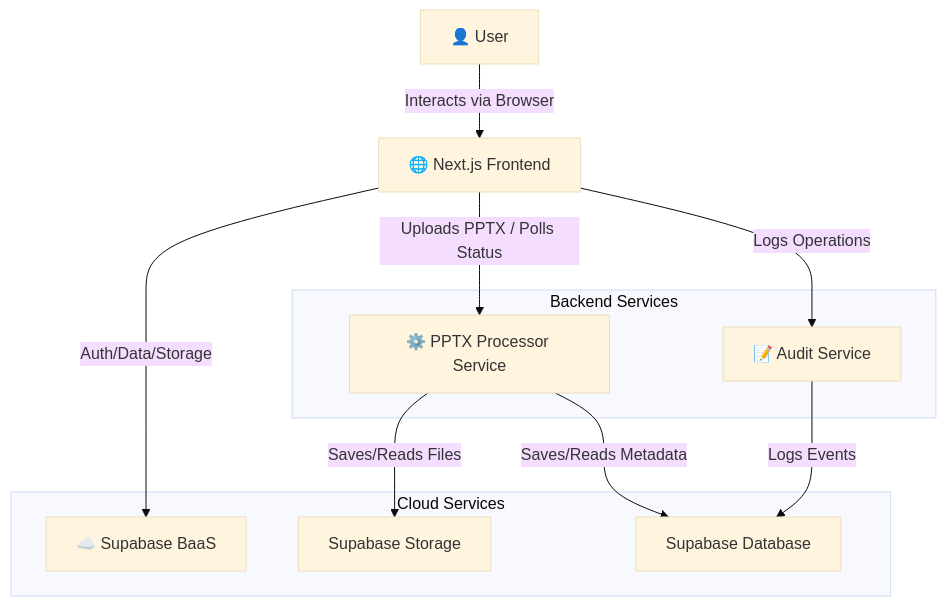
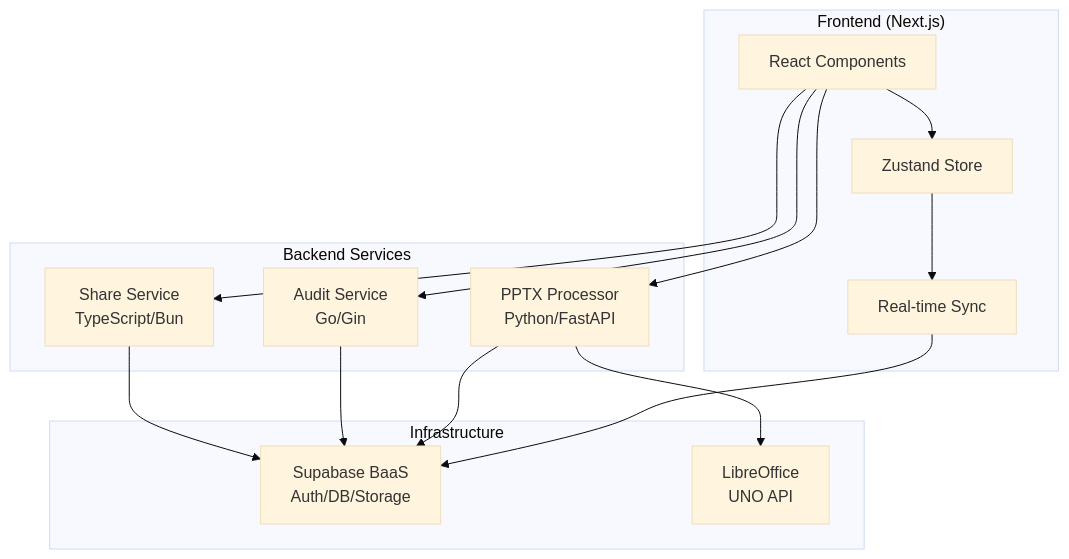
Before and after one commit to OmkarKirpan/pptxTrans: the diagram in README.md, drawn with Mermaid (base theme). The commit also changed other lines of this file and 29 other files, not shown here.

````diff
--- a/README.md
+++ b/README.md
@@ -167,24 +86,30 @@
 ```mermaid
 graph TD
-    User[👤 User] -- Interacts via Browser --> Frontend[🌐 Next.js Frontend]
-
-    Frontend -- Auth/Data/Storage --> Supabase[☁️ Supabase BaaS]
-    Frontend -- Uploads PPTX / Polls Status --> ProcessorService[⚙️ PPTX Processor Service]
-    Frontend -- Logs Operations --> AuditService[📝 Audit Service]
-
-    ProcessorService -- Saves/Reads Files --> SupabaseStorage[Supabase Storage]
-    ProcessorService -- Saves/Reads Metadata --> SupabaseDB[Supabase Database]
+    subgraph "Frontend (Next.js)"
+        UI[React Components]
+        Store[Zustand Store]
+        RealTime[Real-time Sync]
+    end
     
-    AuditService -- Logs Events --> SupabaseDB
-
-    subgraph "Cloud Services"
-        Supabase
-        SupabaseStorage
-        SupabaseDB
+    subgraph "Backend Services"
+        PPTX[PPTX Processor<br/>Python/FastAPI]
+        Audit[Audit Service<br/>Go/Gin]
+        Share[Share Service<br/>TypeScript/Bun]
     end
-
-    subgraph "Backend Services"
-        ProcessorService
-        AuditService
+    
+    subgraph "Infrastructure"
+        Supabase[Supabase BaaS<br/>Auth/DB/Storage]
+        LibreOffice[LibreOffice<br/>UNO API]
     end
+    
+    UI --> Store
+    Store --> RealTime
+    RealTime --> Supabase
+    UI --> PPTX
+    UI --> Audit
+    UI --> Share
+    PPTX --> LibreOffice
+    PPTX --> Supabase
+    Audit --> Supabase
+    Share --> Supabase
 ```
````
